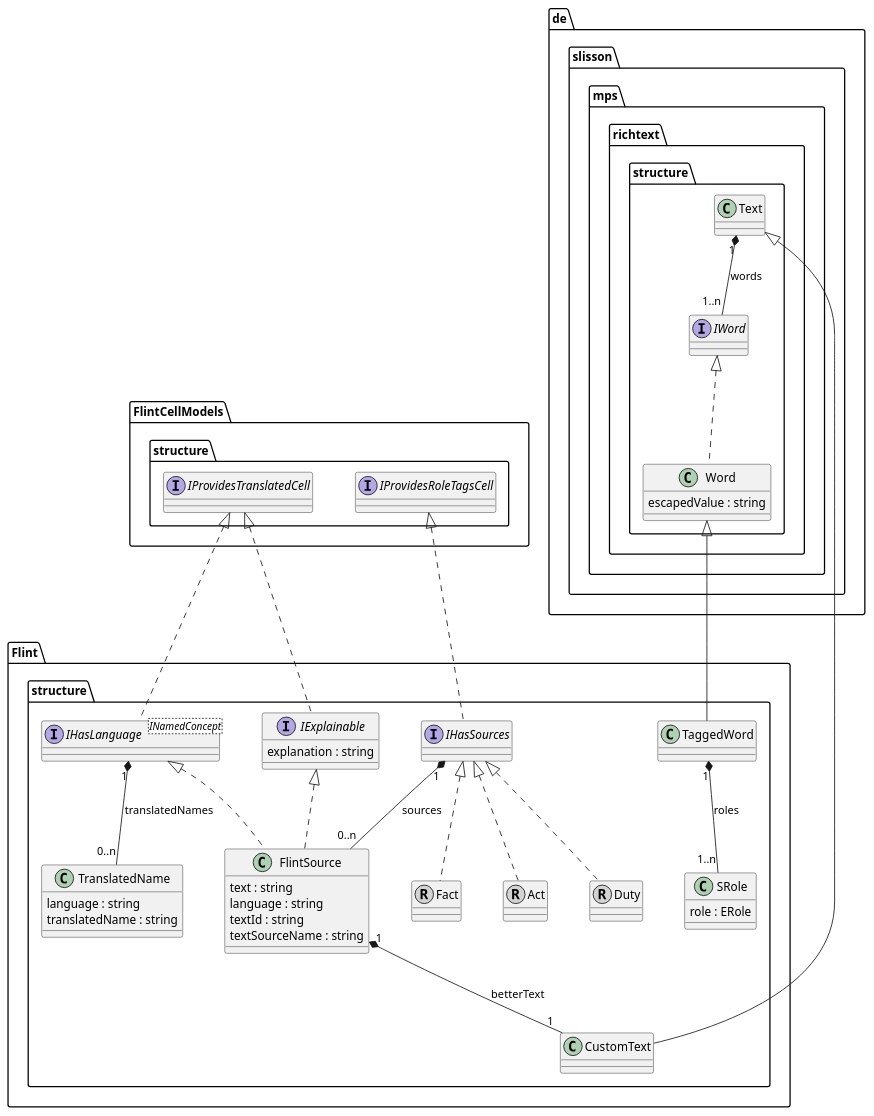
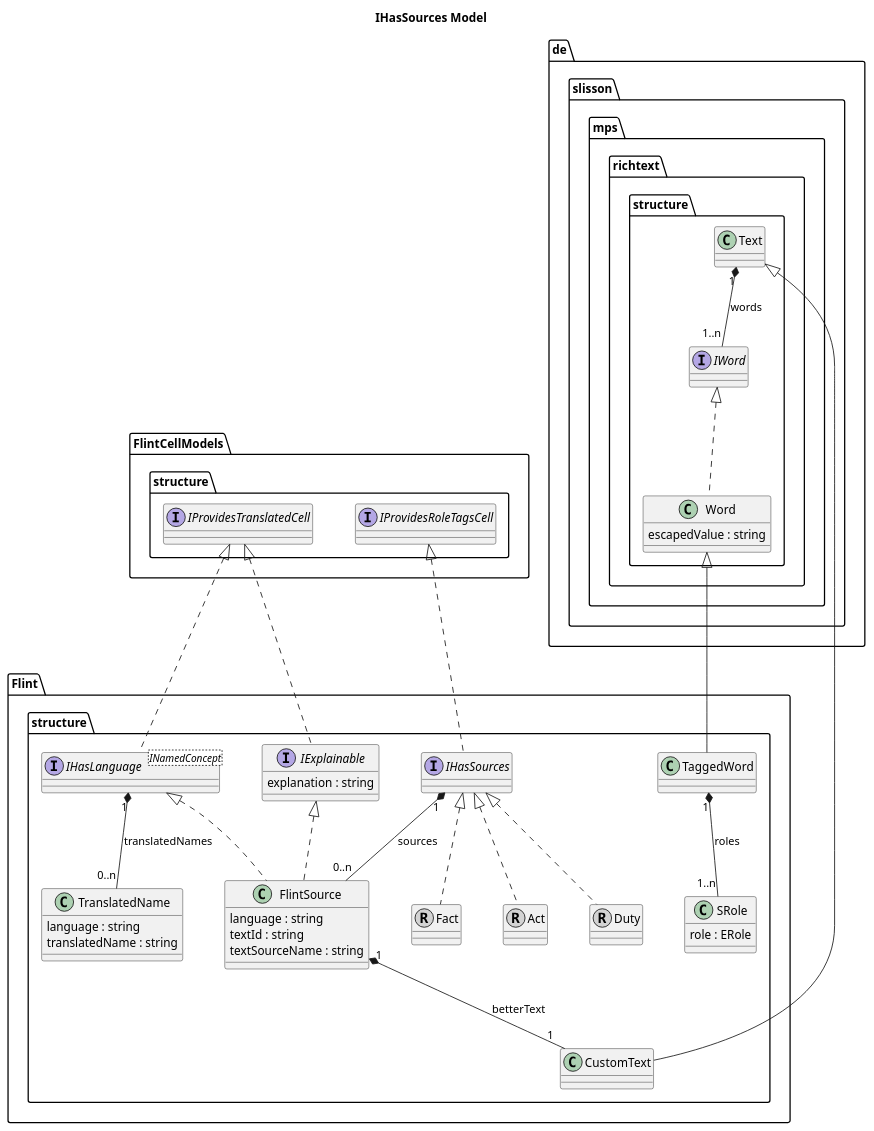
Before and after one commit to discipl/flinteditor-mps: the diagram in docs/uml/ihassources-model.puml, drawn with PlantUML. The commit also changed 13 other files, not shown here.

```diff
--- a/docs/uml/ihassources-model.puml
+++ b/docs/uml/ihassources-model.puml
@@ -1,49 +1,48 @@
 @startuml IHasSources-Model
-
+title IHasSources Model
 skinparam nodesep 50
 skinparam ranksep 75
 
 interface "FlintCellModels.structure.IProvidesTranslatedCell" 
 interface "Flint.structure.IExplainable" 
 "Flint.structure.IExplainable" : explanation : string
 interface "FlintCellModels.structure.IProvidesRoleTagsCell" 
 interface "Flint.structure.IHasLanguage" <INamedConcept>
 interface "Flint.structure.IHasSources" 
 interface "de.slisson.mps.richtext.structure.IWord"
 class "Flint.structure.Fact"  << (R, lightgrey) >>
 class "Flint.structure.Act"  << (R, lightgrey) >>
 class "Flint.structure.Duty"  << (R, lightgrey) >> 
 class "Flint.structure.FlintSource"  
-"Flint.structure.FlintSource" : text : string
 "Flint.structure.FlintSource" : language : string
 "Flint.structure.FlintSource" : textId : string
 "Flint.structure.FlintSource" : textSourceName : string
 class "de.slisson.mps.richtext.structure.Text"  
 class "Flint.structure.CustomText"  
 class "Flint.structure.TranslatedName"  
 "Flint.structure.TranslatedName" : language : string
 "Flint.structure.TranslatedName" : translatedName : string
 class "Flint.structure.TaggedWord"
 class "Flint.structure.SRole"  
 "Flint.structure.SRole" : role : ERole
 class "de.slisson.mps.richtext.structure.Word"  
 "de.slisson.mps.richtext.structure.Word" : escapedValue : string
 
 "Flint.structure.IHasSources" <|.. "Flint.structure.Fact"
 "Flint.structure.IHasSources" <|.. "Flint.structure.Act"
 "Flint.structure.IHasSources" <|.. "Flint.structure.Duty"
 "de.slisson.mps.richtext.structure.IWord" <|.. "de.slisson.mps.richtext.structure.Word"
 "de.slisson.mps.richtext.structure.Word" <|-- "Flint.structure.TaggedWord"
 "Flint.structure.TaggedWord" "1" *-- "1..n" "Flint.structure.SRole" : roles
 "FlintCellModels.structure.IProvidesTranslatedCell" <|.. "Flint.structure.IExplainable"
 "FlintCellModels.structure.IProvidesTranslatedCell" <|.. "Flint.structure.IHasLanguage"
 "FlintCellModels.structure.IProvidesRoleTagsCell" <|.. "Flint.structure.IHasSources"
 "Flint.structure.IExplainable" <|.. "Flint.structure.FlintSource"
 "Flint.structure.IHasLanguage" <|.. "Flint.structure.FlintSource"
 "de.slisson.mps.richtext.structure.Text" <|-- "Flint.structure.CustomText"
 "Flint.structure.FlintSource" "1" *-- "1" "Flint.structure.CustomText" : betterText
 "Flint.structure.IHasLanguage" "1" *-- "0..n" "Flint.structure.TranslatedName" : translatedNames
 "de.slisson.mps.richtext.structure.Text" "1" *-- "1..n" "de.slisson.mps.richtext.structure.IWord" : words
 "Flint.structure.IHasSources" "1" *-- "0..n" "Flint.structure.FlintSource" : sources
 
 @enduml
```
